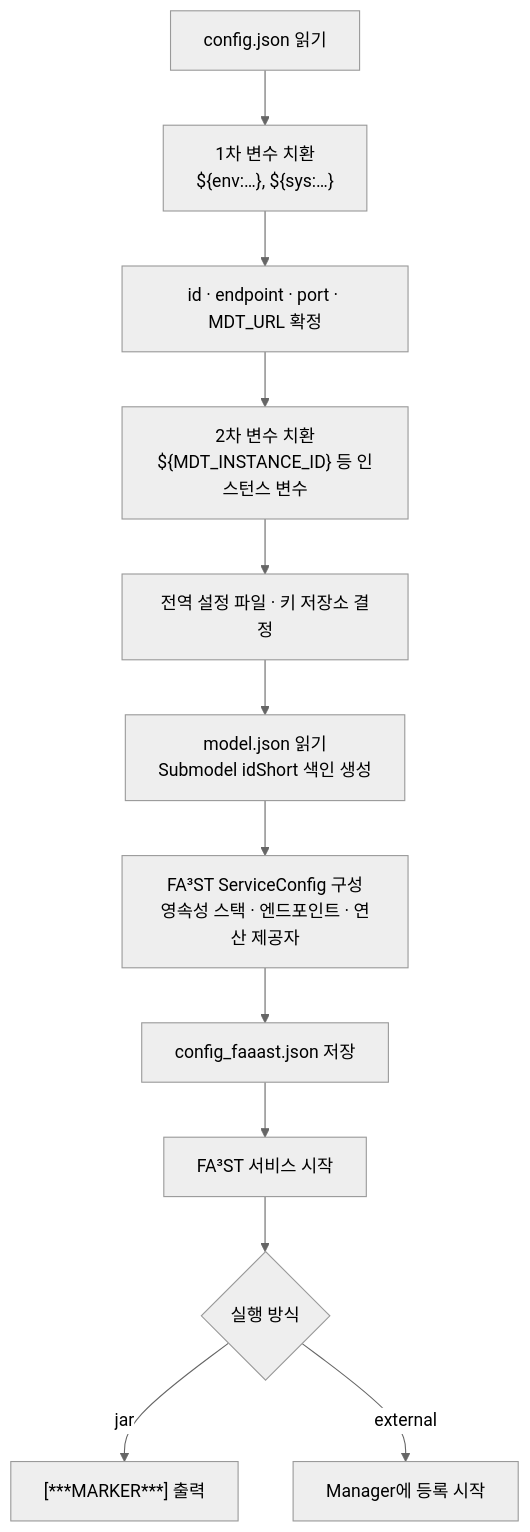
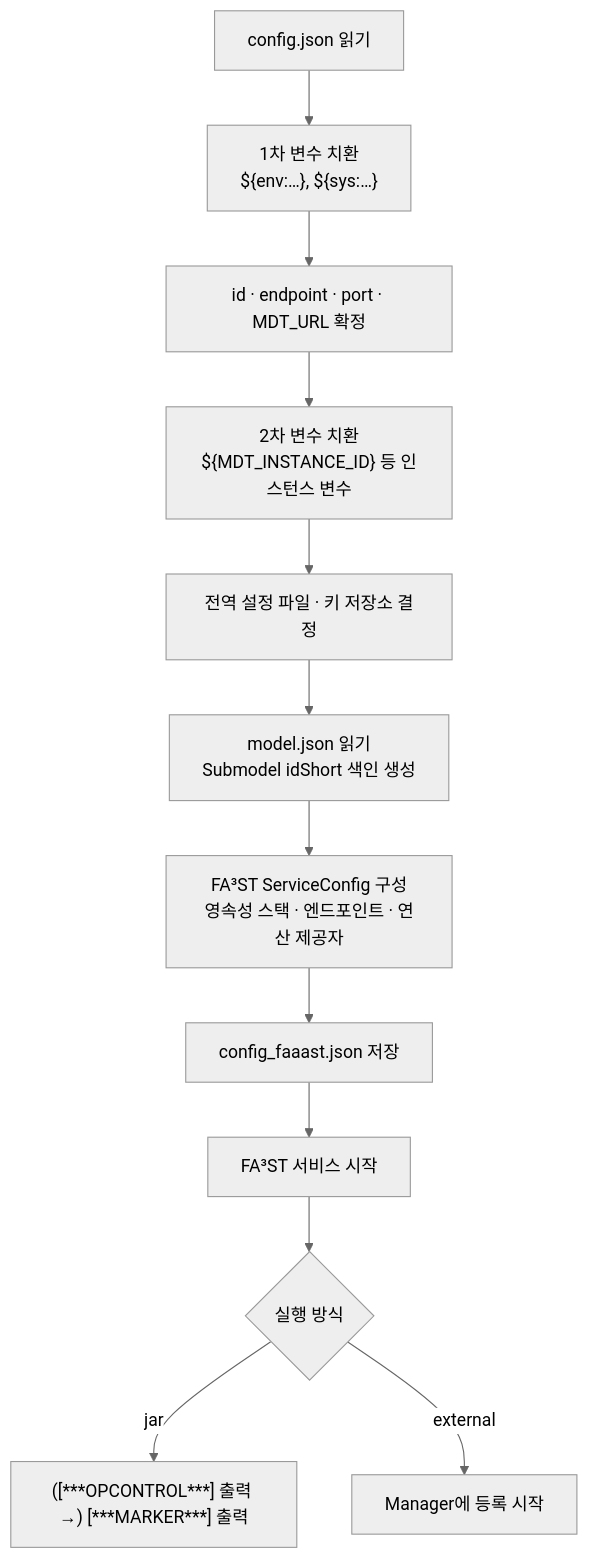
The second of 3 diagrams in README.md (kwlee0220/mdt-instance), drawn with Mermaid (neutral theme) before and after one commit. The commit also changed other lines of this file and 69 other files, not shown here.

````diff
--- a/README.md
+++ b/README.md
@@ -259,14 +261,14 @@
 ```mermaid
 flowchart TD
     A[config.json 읽기] --> B["1차 변수 치환<br/>${env:…}, ${sys:…}"]
     B --> C[id · endpoint · port · MDT_URL 확정]
     C --> D["2차 변수 치환<br/>${MDT_INSTANCE_ID} 등 인스턴스 변수"]
     D --> E[전역 설정 파일 · 키 저장소 결정]
     E --> F[model.json 읽기<br/>Submodel idShort 색인 생성]
     F --> G[FA³ST ServiceConfig 구성<br/>영속성 스택 · 엔드포인트 · 연산 제공자]
     G --> H[config_faaast.json 저장]
     H --> I[FA³ST 서비스 시작]
     I --> J{실행 방식}
-    J -- jar --> K["[***MARKER***] 출력"]
+    J -- jar --> K["([***OPCONTROL***] 출력 →) [***MARKER***] 출력"]
     J -- external --> L[Manager에 등록 시작]
 ```
````
